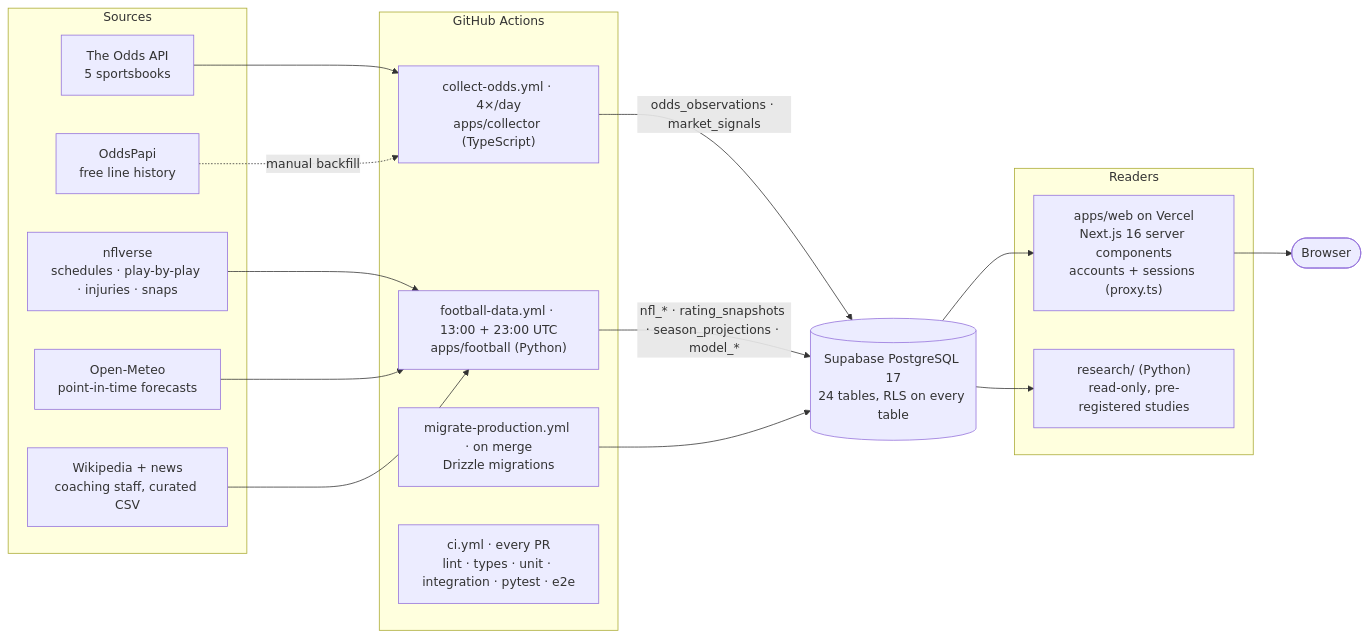
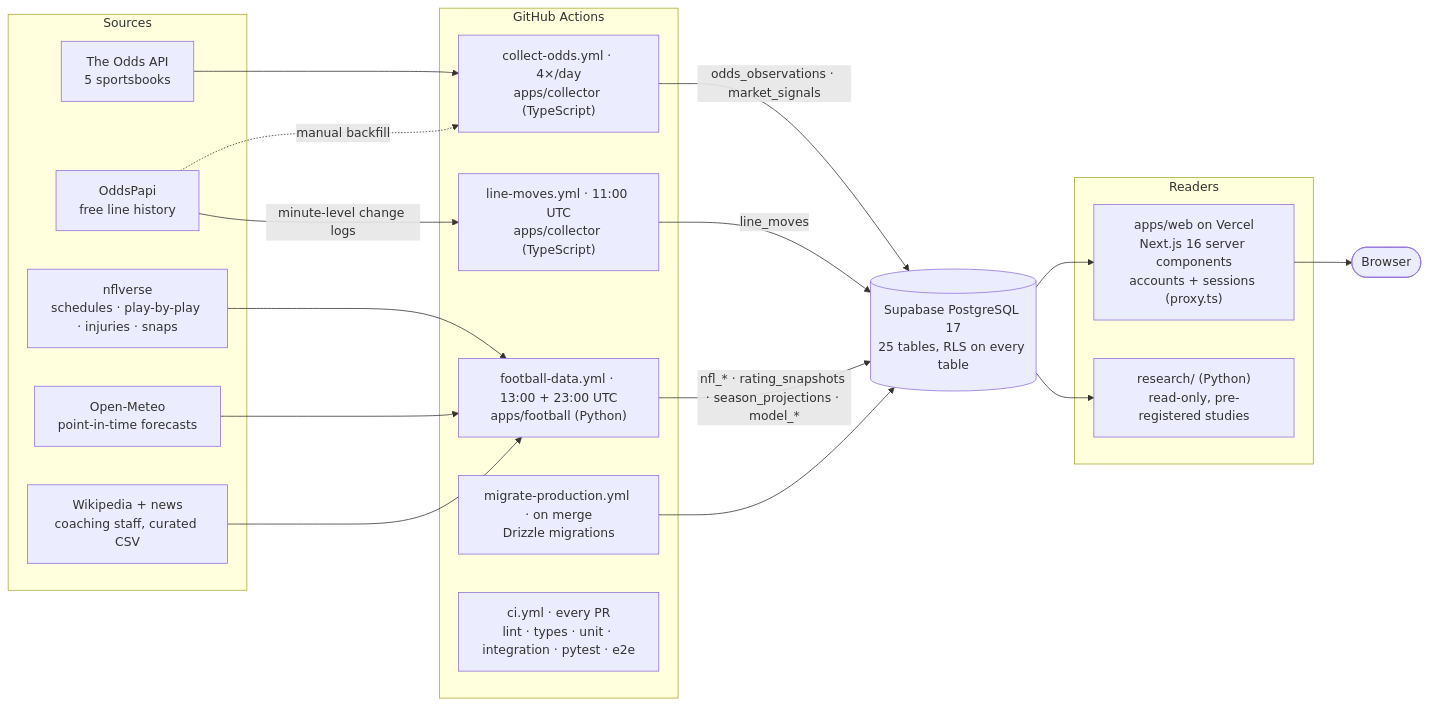
Before and after one commit to jackpendley/MarketScope: the diagram in docs/ARCHITECTURE.md, drawn with Mermaid. The commit also changed other lines of this file and 24 other files, not shown here.

First line of the commit message:
MS-042b: minute-level line-move panel and nightly import (#56)

````diff
--- a/docs/ARCHITECTURE.md
+++ b/docs/ARCHITECTURE.md
@@ -14,36 +14,39 @@
 ```mermaid
 flowchart LR
   subgraph Sources
     OA[The Odds API<br/>5 sportsbooks]
     OP[OddsPapi<br/>free line history]
     NV[nflverse<br/>schedules · play-by-play · injuries · snaps]
     OM[Open-Meteo<br/>point-in-time forecasts]
     WP[Wikipedia + news<br/>coaching staff, curated CSV]
   end
 
   subgraph Jobs["GitHub Actions"]
     C["collect-odds.yml · 4×/day<br/>apps/collector (TypeScript)"]
+    L["line-moves.yml · 11:00 UTC<br/>apps/collector (TypeScript)"]
     F["football-data.yml · 13:00 + 23:00 UTC<br/>apps/football (Python)"]
     M["migrate-production.yml · on merge<br/>Drizzle migrations"]
     CI["ci.yml · every PR<br/>lint · types · unit · integration · pytest · e2e"]
   end
 
-  DB[("Supabase PostgreSQL 17<br/>24 tables, RLS on every table")]
+  DB[("Supabase PostgreSQL 17<br/>25 tables, RLS on every table")]
 
   subgraph Readers
     W["apps/web on Vercel<br/>Next.js 16 server components<br/>accounts + sessions (proxy.ts)"]
     R["research/ (Python)<br/>read-only, pre-registered studies"]
   end
 
   OA --> C
   OP -. manual backfill .-> C
+  OP -->|minute-level change logs| L
   NV --> F
   OM --> F
   WP --> F
   C -->|odds_observations · market_signals| DB
+  L -->|line_moves| DB
   F -->|nfl_* · rating_snapshots · season_projections · model_*| DB
   M --> DB
   DB --> W
   DB --> R
   W --> B([Browser])
 ```
````
